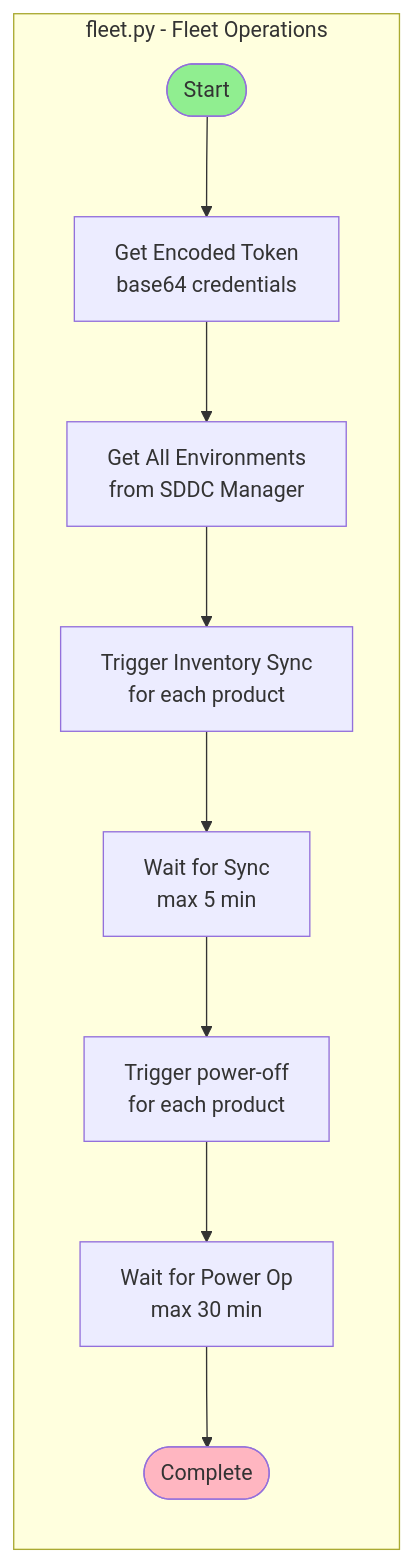
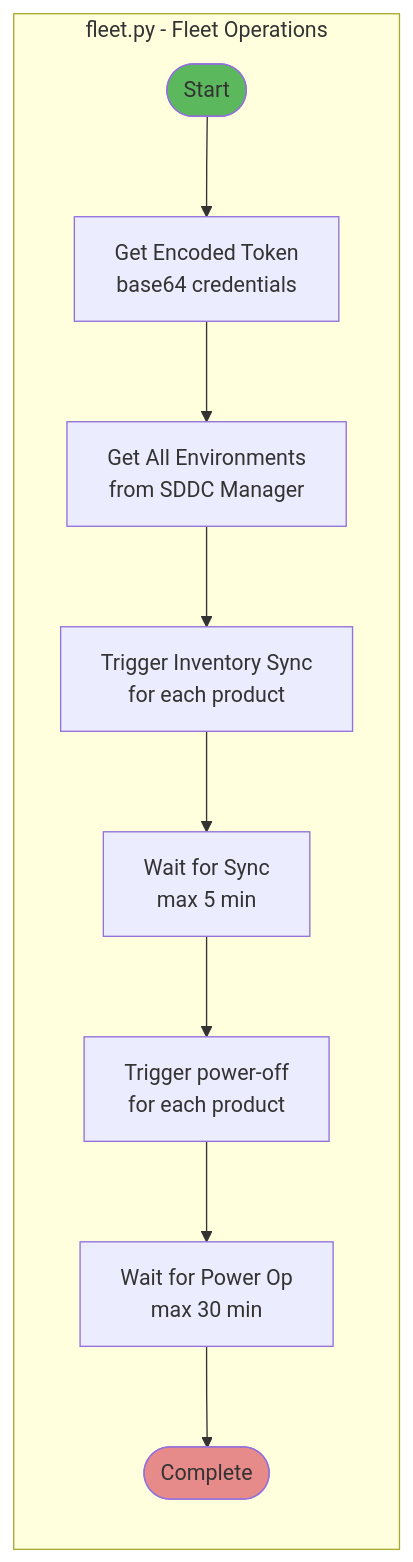
Before and after one commit to Broadcom/HOLFY27-MGR-HOLUSER: the third of 5 diagrams in Shutdown/README.md, drawn with Mermaid. The commit also changed other lines of this file and 1 other file, not shown here.

Commit message:
Update styles for mermaid diagram generation

````diff
--- a/Shutdown/README.md
+++ b/Shutdown/README.md
@@ -320,15 +320,15 @@
 ```mermaid
 flowchart LR
     subgraph FLEET["fleet.py - Fleet Operations"]
         F_START([Start]) --> F_AUTH[Get Encoded Token<br/>base64 credentials]
         F_AUTH --> F_ENV[Get All Environments<br/>from SDDC Manager]
         F_ENV --> F_SYNC[Trigger Inventory Sync<br/>for each product]
         F_SYNC --> F_WAIT1[Wait for Sync<br/>max 5 min]
         F_WAIT1 --> F_POWER[Trigger power-off<br/>for each product]
         F_POWER --> F_WAIT2[Wait for Power Op<br/>max 30 min]
         F_WAIT2 --> F_END([Complete])
     end
 
-    style F_START fill:#90EE90
-    style F_END fill:#FFB6C1
+    style F_START fill:#5cb85c,color:#333
+    style F_END fill:#e68a8a,color:#333
 ```
````
